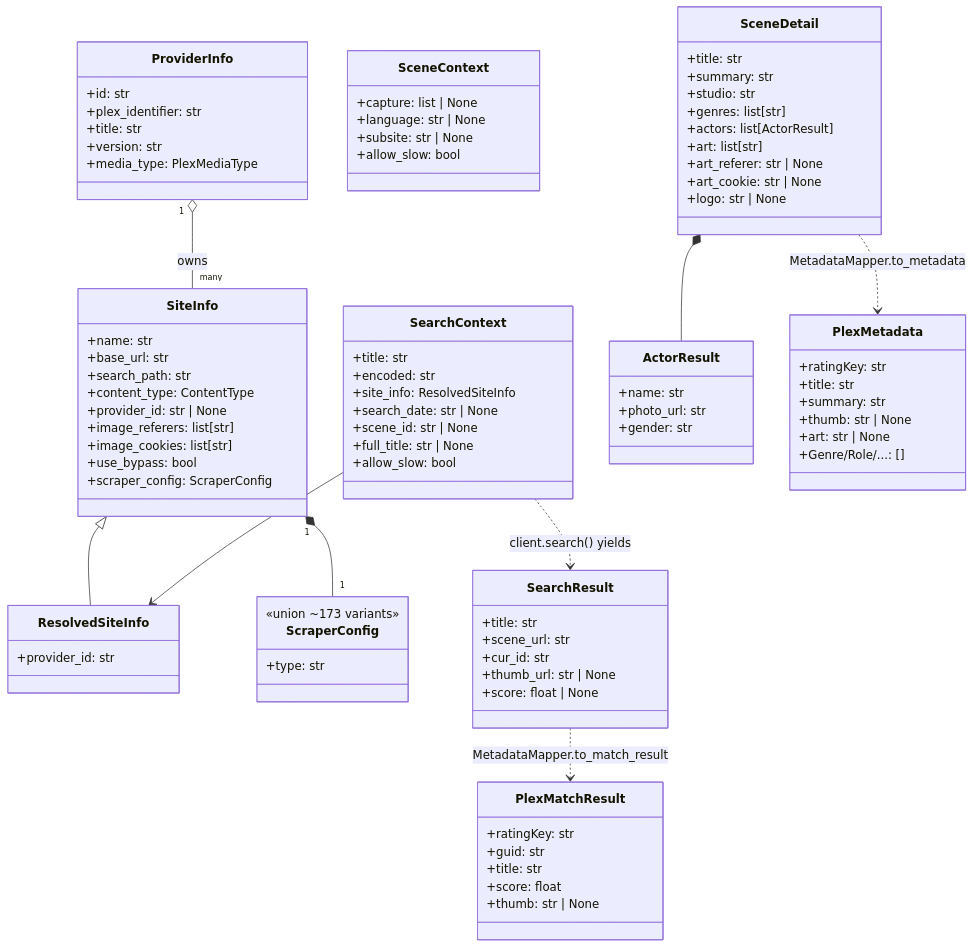
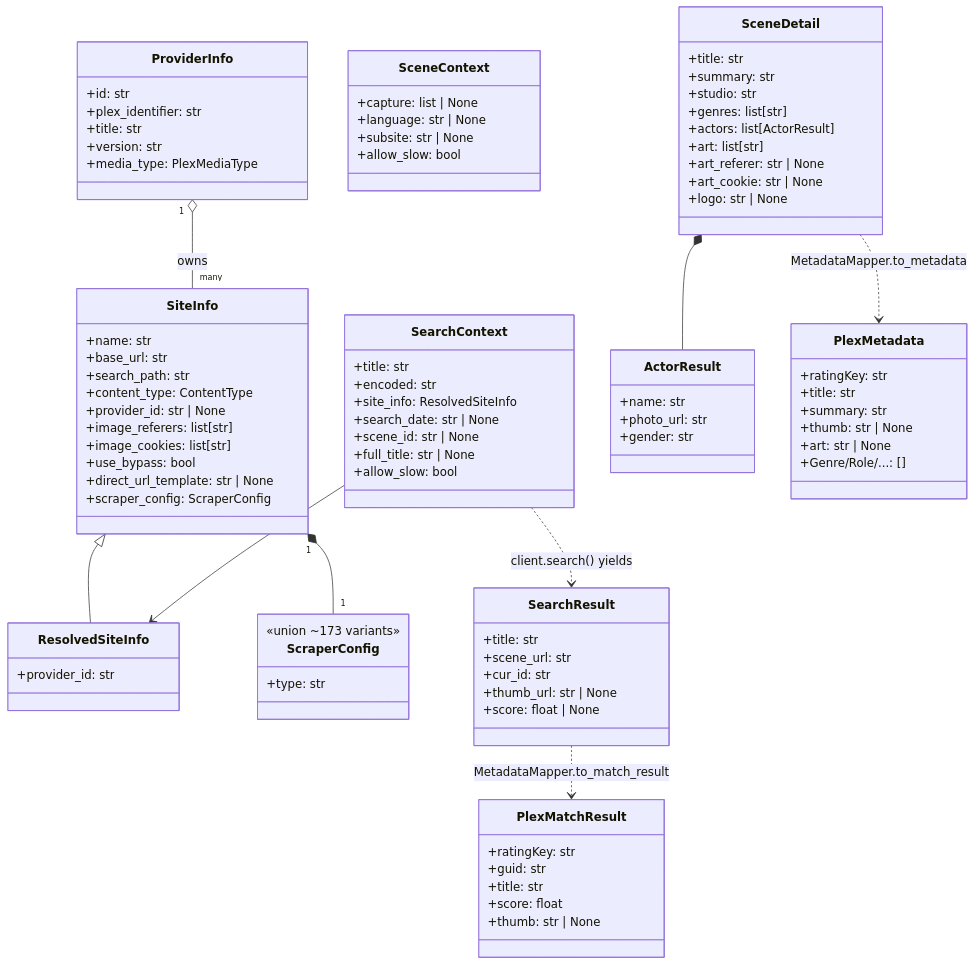
One commit to PhoenixAdultProvider/PhoenixAdult changed the fourth of 21 diagrams in docs/DESIGN.md. Above: the diagram before and after it, drawn with Mermaid. The commit also changed other lines of this file and 14 other files, not shown here.

```diff
--- a/docs/DESIGN.md
+++ b/docs/DESIGN.md
@@ -231,6 +231,7 @@
     +image_referers: list[str]
     +image_cookies: list[str]
     +use_bypass: bool
+    +direct_url_template: str | None
     +scraper_config: ScraperConfig
   }
   class ResolvedSiteInfo {
```
